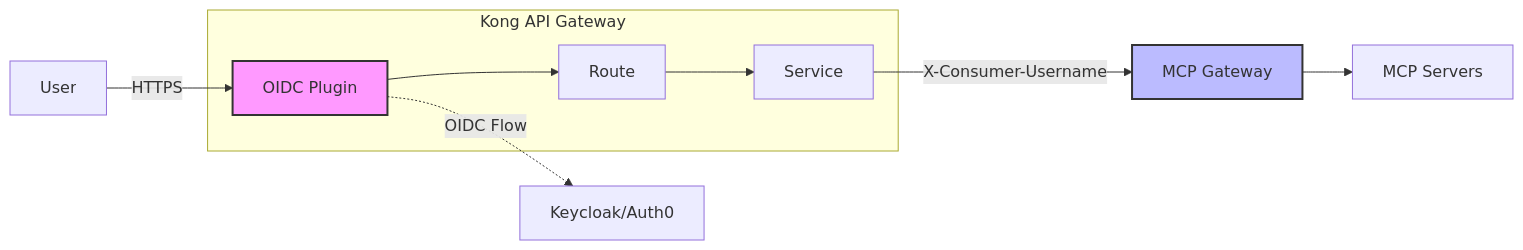
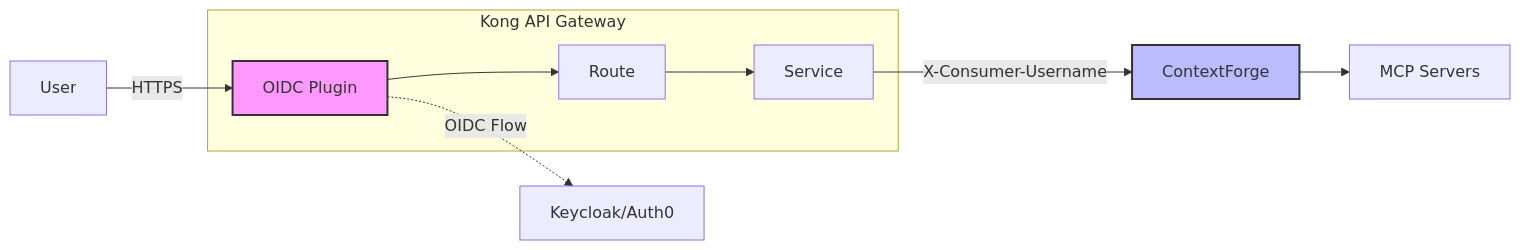
Before and after one commit to tedhabeck/mcp-context-forge: the fifth of 10 diagrams in docs/docs/manage/proxy.md, drawn with Mermaid. The commit also changed other lines of this file and 583 other files, not shown here.

First line of the commit message:
docs: rebrand to ContextForge AI Gateway (#3091)

````diff
--- a/docs/docs/manage/proxy.md
+++ b/docs/docs/manage/proxy.md
@@ -286,16 +286,16 @@
 ```mermaid
 graph LR
     subgraph "Kong API Gateway"
         Plugin[OIDC Plugin] --> Route[Route]
         Route --> Service[Service]
     end
 
     User[User] -->|HTTPS| Plugin
-    Service -->|X-Consumer-Username| Gateway[MCP Gateway]
+    Service -->|X-Consumer-Username| Gateway[ContextForge]
     Gateway --> MCP[MCP Servers]
 
     Plugin -.->|OIDC Flow| IDP[Keycloak/Auth0]
 
     style Plugin fill:#f9f,stroke:#333,stroke-width:2px
     style Gateway fill:#bbf,stroke:#333,stroke-width:2px
 ```
````
